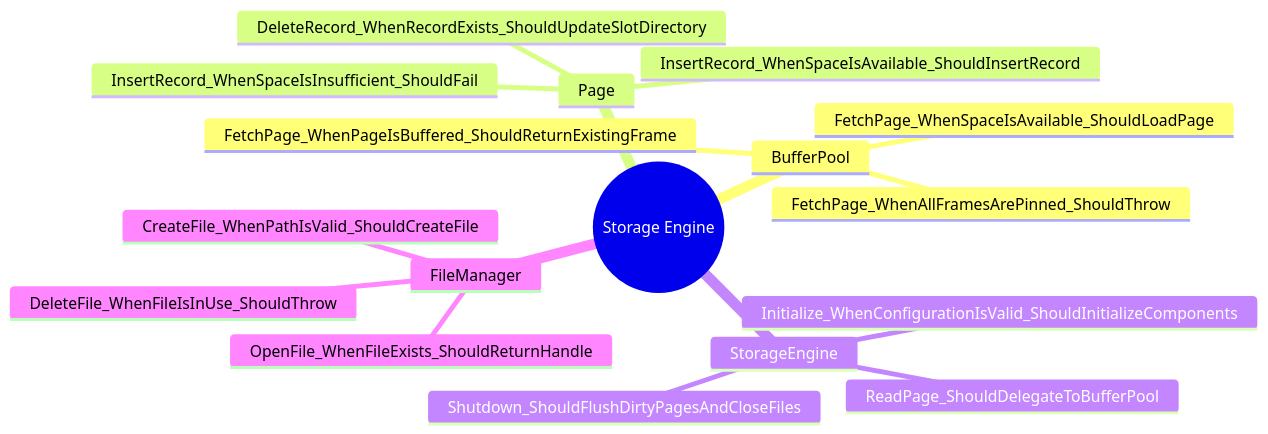
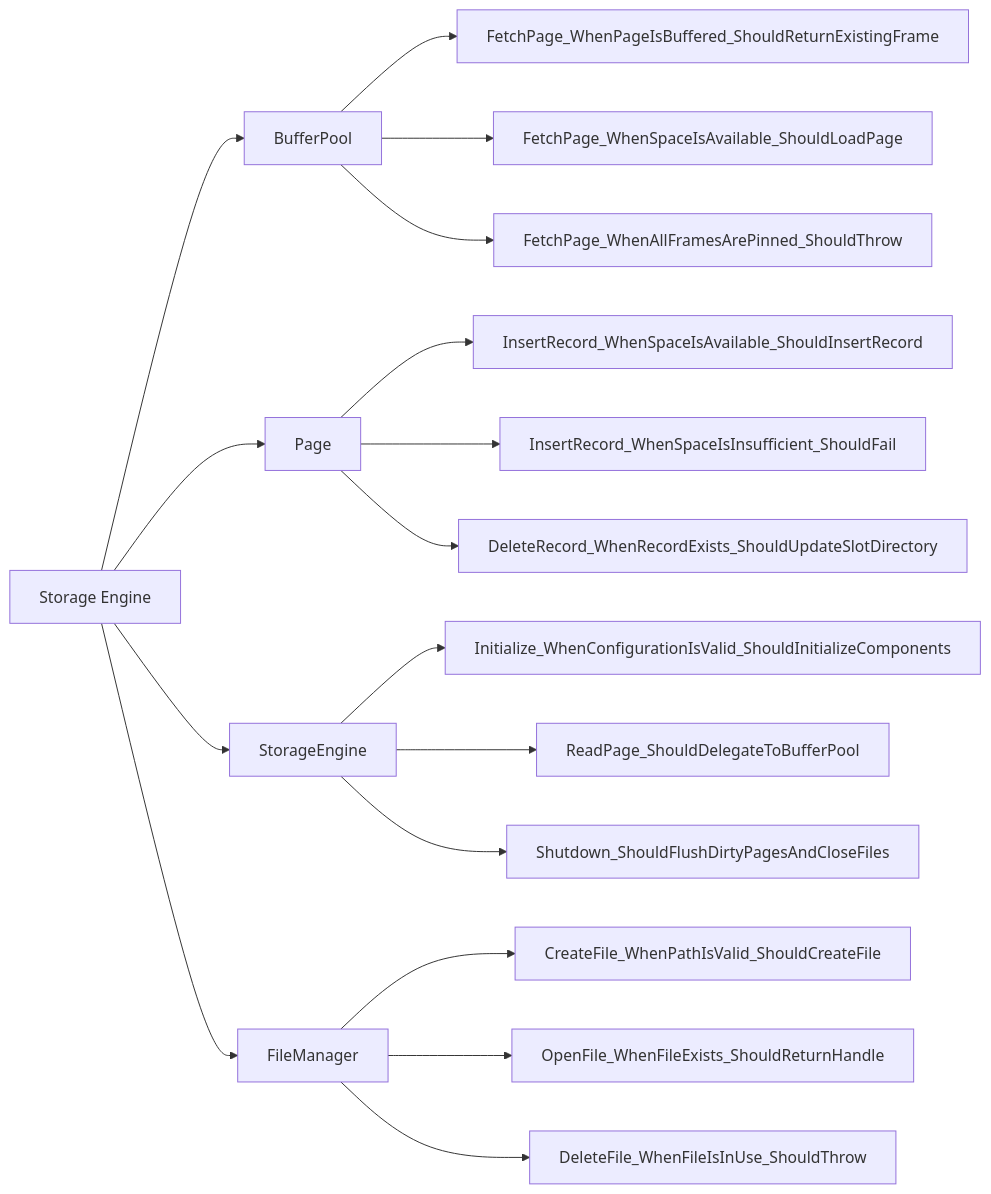
One commit to manaxpow/DBMS changed diagram 14 of 19 in README.md. Above: the diagram before and after it, drawn with Mermaid. The commit also changed other lines of this file and 84 other files, not shown here.

````diff
--- a/README.md
+++ b/README.md
@@ -376,20 +420,22 @@
 ```mermaid
-mindmap
-  root((Storage Engine))
-    BufferPool
-      FetchPage_WhenPageIsBuffered_ShouldReturnExistingFrame
-      FetchPage_WhenSpaceIsAvailable_ShouldLoadPage
-      FetchPage_WhenAllFramesArePinned_ShouldThrow
-    Page
-      InsertRecord_WhenSpaceIsAvailable_ShouldInsertRecord
-      InsertRecord_WhenSpaceIsInsufficient_ShouldFail
-      DeleteRecord_WhenRecordExists_ShouldUpdateSlotDirectory
-    StorageEngine
-      Initialize_WhenConfigurationIsValid_ShouldInitializeComponents
-      ReadPage_ShouldDelegateToBufferPool
-      Shutdown_ShouldFlushDirtyPagesAndCloseFiles
-    FileManager
-      CreateFile_WhenPathIsValid_ShouldCreateFile
-      OpenFile_WhenFileExists_ShouldReturnHandle
-      DeleteFile_WhenFileIsInUse_ShouldThrow
+flowchart LR
+    Subsystem[Storage Engine] --> BufferPool
+    BufferPool --> FetchPage_WhenPageIsBuffered_ShouldReturnExistingFrame
+    BufferPool --> FetchPage_WhenSpaceIsAvailable_ShouldLoadPage
+    BufferPool --> FetchPage_WhenAllFramesArePinned_ShouldThrow
+    
+    Subsystem --> Page
+    Page --> InsertRecord_WhenSpaceIsAvailable_ShouldInsertRecord
+    Page --> InsertRecord_WhenSpaceIsInsufficient_ShouldFail
+    Page --> DeleteRecord_WhenRecordExists_ShouldUpdateSlotDirectory
+    
+    Subsystem --> StorageEngineClass[StorageEngine]
+    StorageEngineClass --> Initialize_WhenConfigurationIsValid_ShouldInitializeComponents
+    StorageEngineClass --> ReadPage_ShouldDelegateToBufferPool
+    StorageEngineClass --> Shutdown_ShouldFlushDirtyPagesAndCloseFiles
+    
+    Subsystem --> FileManager
+    FileManager --> CreateFile_WhenPathIsValid_ShouldCreateFile
+    FileManager --> OpenFile_WhenFileExists_ShouldReturnHandle
+    FileManager --> DeleteFile_WhenFileIsInUse_ShouldThrow
 ```
````
